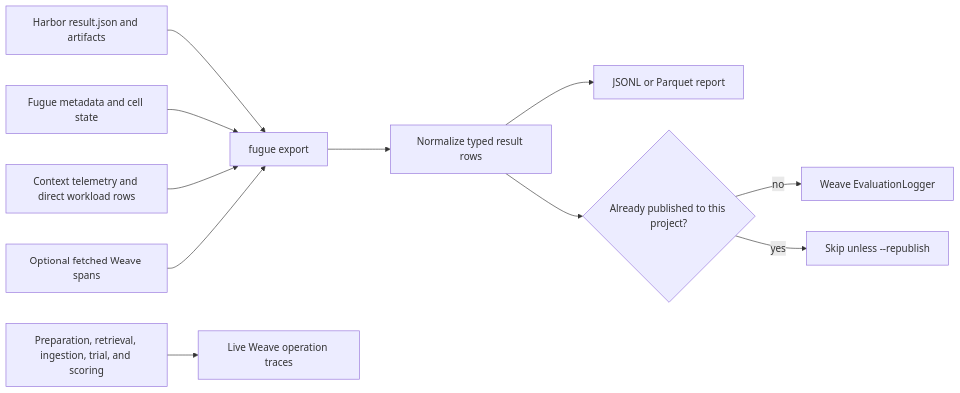
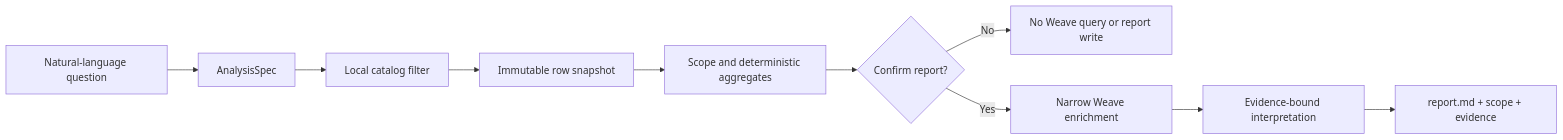
One commit to ash0ts/fugue changed the fifth of 7 diagrams in README.md. Above: the diagram before and after it, drawn with Mermaid. The commit also changed other lines of this file and 38 other files, not shown here.

````diff
--- a/README.md
+++ b/README.md
@@ -452,15 +263,12 @@
 ```mermaid
 flowchart LR
-    HARBOR["Harbor result.json and artifacts"] --> JOIN["fugue export"]
-    META["Fugue metadata and cell state"] --> JOIN
-    EVENTS["Context telemetry and direct workload rows"] --> JOIN
-    SPANS["Optional fetched Weave spans"] --> JOIN
-
-    JOIN --> NORMALIZE["Normalize typed result rows"]
-    NORMALIZE --> FILES["JSONL or Parquet report"]
-    NORMALIZE --> LEDGER{"Already published to this project?"}
-    LEDGER -->|"no"| EVAL["Weave EvaluationLogger"]
-    LEDGER -->|"yes"| SKIP["Skip unless --republish"]
-
-    LIVE["Preparation, retrieval, ingestion, trial, and scoring"] --> TRACES["Live Weave operation traces"]
+    Q["Natural-language question"] --> SPEC["AnalysisSpec"]
+    SPEC --> LOCAL["Local catalog filter"]
+    LOCAL --> SNAP["Immutable row snapshot"]
+    SNAP --> PREVIEW["Scope and deterministic aggregates"]
+    PREVIEW --> CONFIRM{"Confirm report?"}
+    CONFIRM -->|No| STOP["No Weave query or report write"]
+    CONFIRM -->|Yes| WEAVE["Narrow Weave enrichment"]
+    WEAVE --> MODEL["Evidence-bound interpretation"]
+    MODEL --> REPORT["report.md + scope + evidence"]
 ```
````
